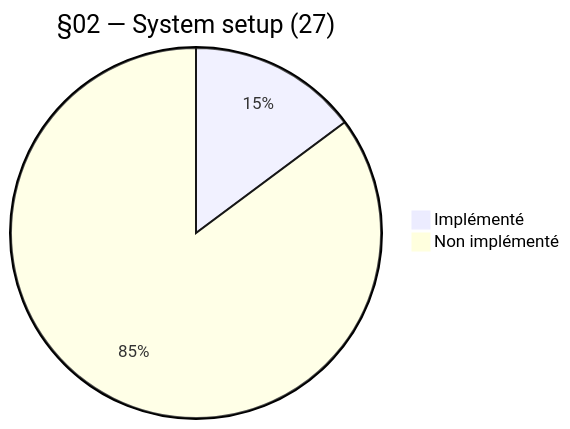
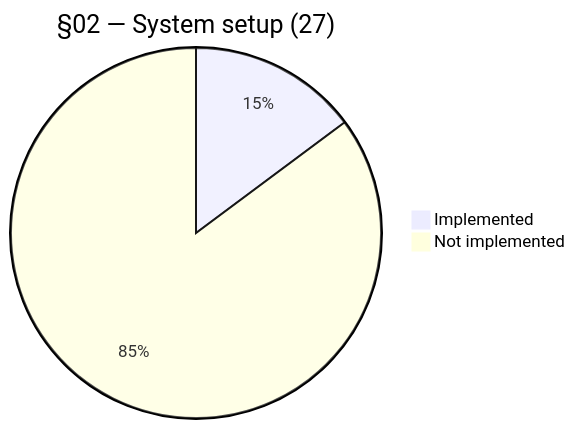
The third of 14 diagrams in process/3.plan/SUMMARY-akm-sections-coverage.md (xplorer2716/XS56K), drawn with Mermaid before and after one commit. The commit also changed other lines of this file, not shown here.

````diff
--- a/process/3.plan/SUMMARY-akm-sections-coverage.md
+++ b/process/3.plan/SUMMARY-akm-sections-coverage.md
@@ -33,5 +33,5 @@
 ```mermaid
 pie title §02 — System setup (27)
-    "Implémenté" : 4
-    "Non implémenté" : 23
+    "Implemented" : 4
+    "Not implemented" : 23
 ```
````
